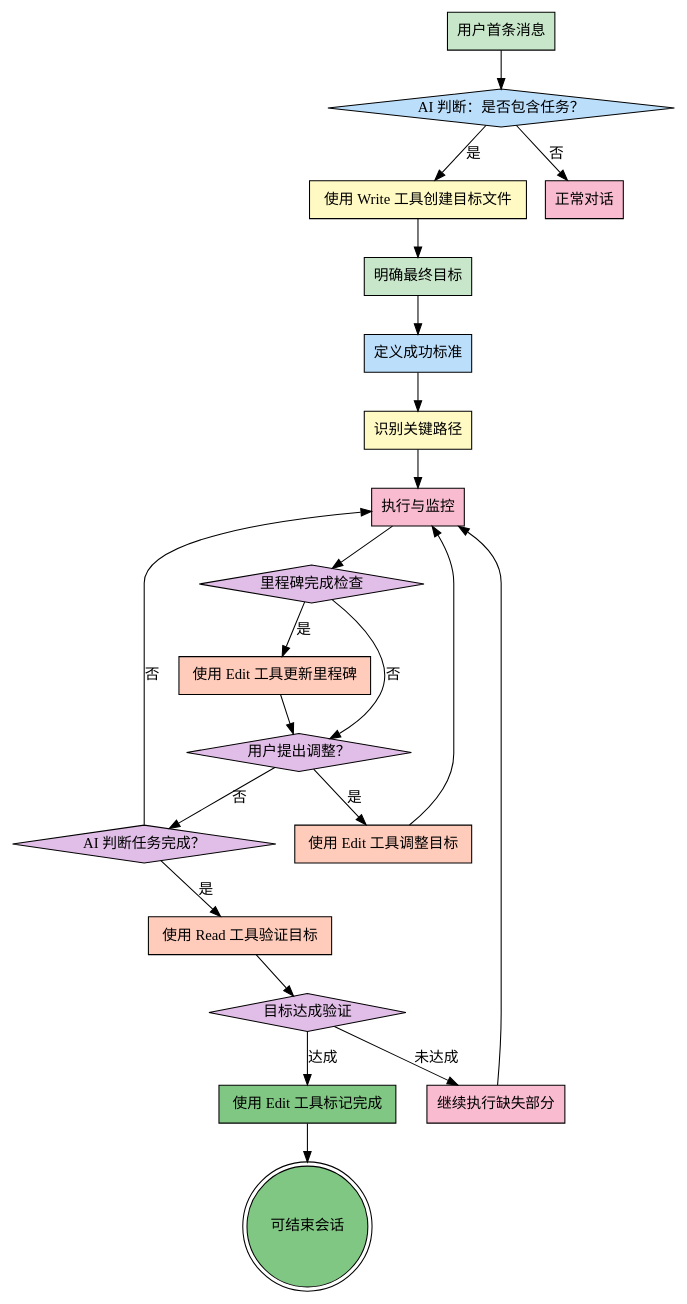
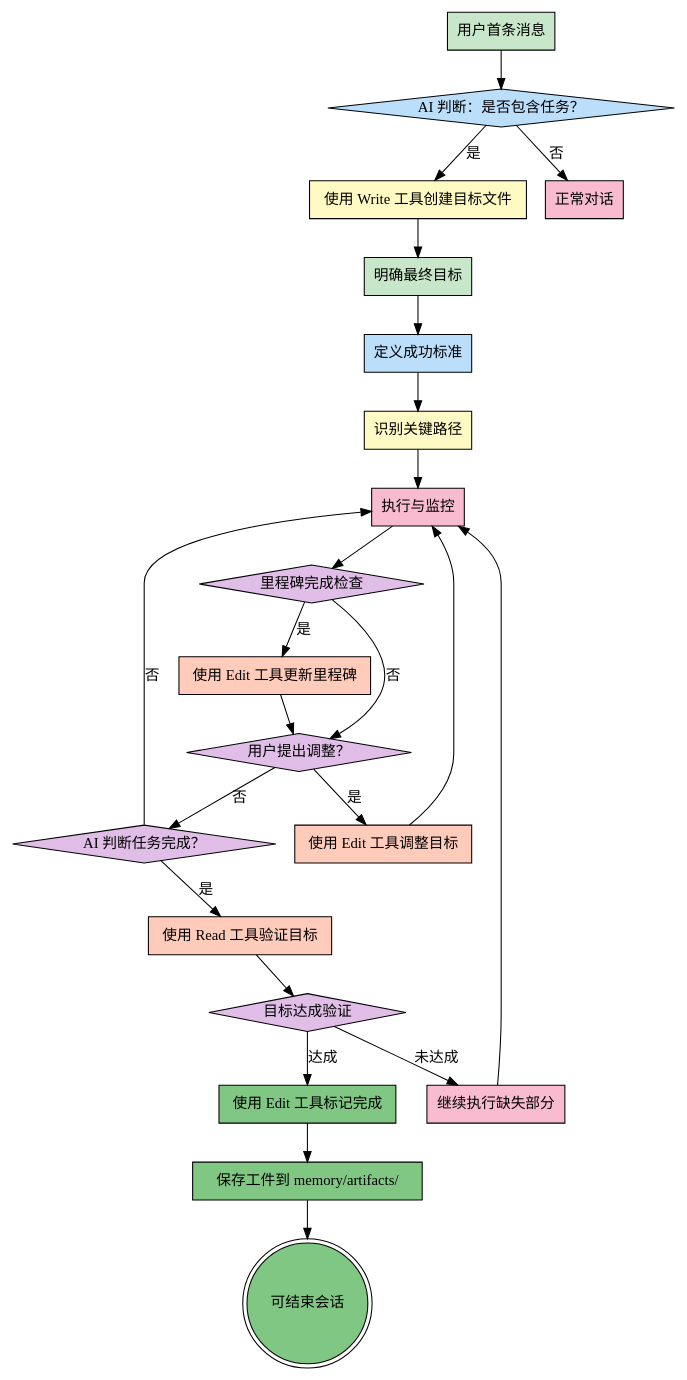
One commit to konglong87/methodology-skills changed the diagram in skills/goal-oriented/SKILL.md. Above: the diagram before and after it, drawn with Graphviz. The commit also changed other lines of this file and 12 other files, not shown here.

````diff
--- a/skills/goal-oriented/SKILL.md
+++ b/skills/goal-oriented/SKILL.md
@@ -121,46 +203,48 @@
 ```dot
 digraph goal_oriented_with_tools {
     rankdir=TB;
 
     "用户首条消息" [shape=box, style=filled, fillcolor="#c8e6c9"];
     "AI 判断：是否包含任务？" [shape=diamond, style=filled, fillcolor="#bbdefb"];
     "使用 Write 工具创建目标文件" [shape=box, style=filled, fillcolor="#fff9c4"];
     "明确最终目标" [shape=box, style=filled, fillcolor="#c8e6c9"];
     "定义成功标准" [shape=box, style=filled, fillcolor="#bbdefb"];
     "识别关键路径" [shape=box, style=filled, fillcolor="#fff9c4"];
     "执行与监控" [shape=box, style=filled, fillcolor="#f8bbd0"];
     "里程碑完成检查" [shape=diamond, style=filled, fillcolor="#e1bee7"];
     "使用 Edit 工具更新里程碑" [shape=box, style=filled, fillcolor="#ffccbc"];
     "用户提出调整？" [shape=diamond, style=filled, fillcolor="#e1bee7"];
     "使用 Edit 工具调整目标" [shape=box, style=filled, fillcolor="#ffccbc"];
     "AI 判断任务完成？" [shape=diamond, style=filled, fillcolor="#e1bee7"];
     "使用 Read 工具验证目标" [shape=box, style=filled, fillcolor="#ffccbc"];
     "目标达成验证" [shape=diamond, style=filled, fillcolor="#e1bee7"];
     "继续执行缺失部分" [shape=box, style=filled, fillcolor="#f8bbd0"];
     "使用 Edit 工具标记完成" [shape=box, style=filled, fillcolor="#81c784"];
+    "保存工件到 memory/artifacts/" [shape=box, style=filled, fillcolor="#81c784"];
     "可结束会话" [shape=doublecircle, style=filled, fillcolor="#81c784"];
     "正常对话" [shape=box, style=filled, fillcolor="#f8bbd0"];
 
     "用户首条消息" -> "AI 判断：是否包含任务？";
     "AI 判断：是否包含任务？" -> "使用 Write 工具创建目标文件" [label="是"];
     "AI 判断：是否包含任务？" -> "正常对话" [label="否"];
     "使用 Write 工具创建目标文件" -> "明确最终目标";
     "明确最终目标" -> "定义成功标准";
     "定义成功标准" -> "识别关键路径";
     "识别关键路径" -> "执行与监控";
     "执行与监控" -> "里程碑完成检查";
     "里程碑完成检查" -> "使用 Edit 工具更新里程碑" [label="是"];
     "使用 Edit 工具更新里程碑" -> "用户提出调整？";
     "里程碑完成检查" -> "用户提出调整？" [label="否"];
     "用户提出调整？" -> "使用 Edit 工具调整目标" [label="是"];
     "用户提出调整？" -> "AI 判断任务完成？" [label="否"];
     "使用 Edit 工具调整目标" -> "执行与监控";
     "AI 判断任务完成？" -> "使用 Read 工具验证目标" [label="是"];
     "AI 判断任务完成？" -> "执行与监控" [label="否"];
     "使用 Read 工具验证目标" -> "目标达成验证";
     "目标达成验证" -> "继续执行缺失部分" [label="未达成"];
     "目标达成验证" -> "使用 Edit 工具标记完成" [label="达成"];
-    "使用 Edit 工具标记完成" -> "可结束会话";
+    "使用 Edit 工具标记完成" -> "保存工件到 memory/artifacts/";
+    "保存工件到 memory/artifacts/" -> "可结束会话";
     "继续执行缺失部分" -> "执行与监控";
 }
 ```
````
